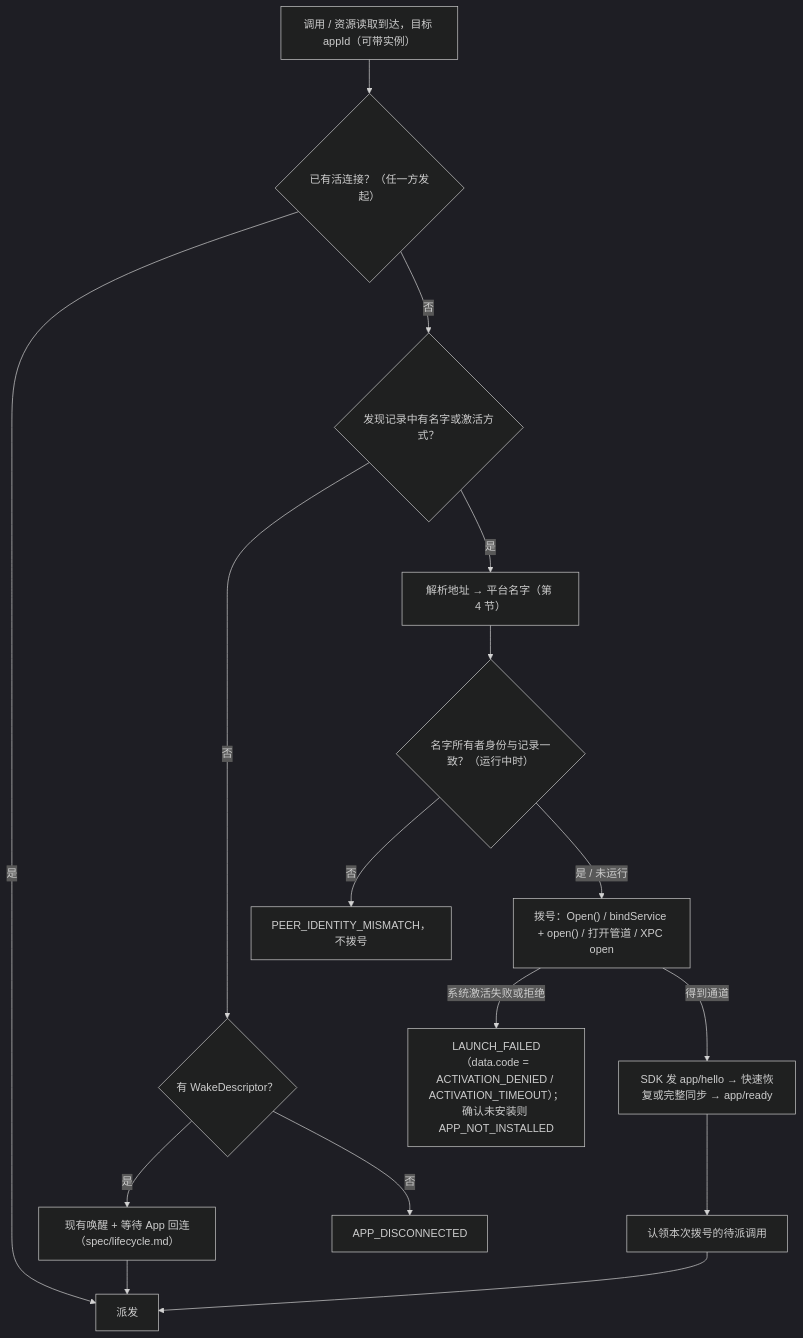
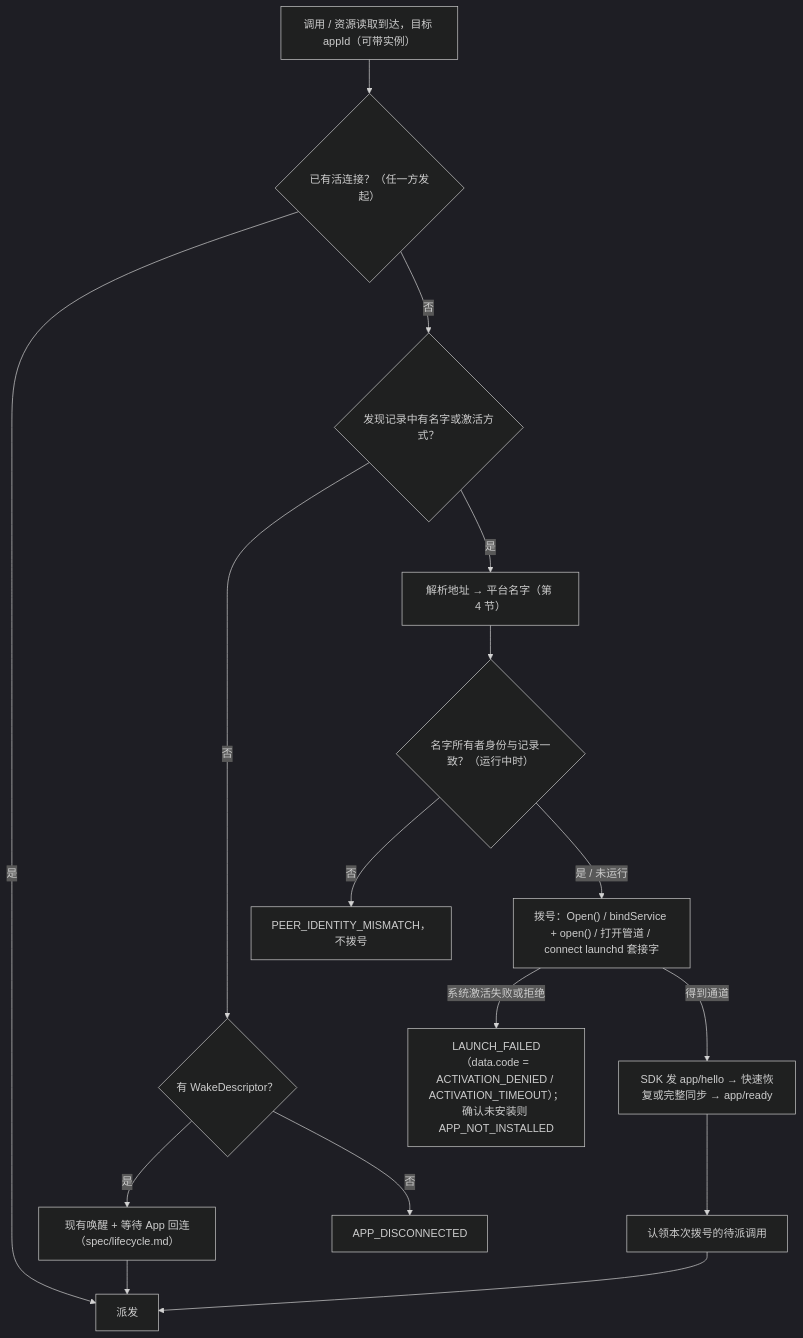
One commit to stareing/appwire changed the second of 4 diagrams in spec/naming.md. Above: the diagram before and after it, drawn with Mermaid (dark theme). The commit also changed other lines of this file and 22 other files, not shown here.

````diff
--- a/spec/naming.md
+++ b/spec/naming.md
@@ -118,18 +118,18 @@
 ```mermaid
 flowchart TD
   call["调用 / 资源读取到达，目标 appId（可带实例）"] --> live{"已有活连接？（任一方发起）"}
   live -- "是" --> dispatch["派发"]
   live -- "否" --> rec{"发现记录中有名字或激活方式？"}
   rec -- "否" --> wd{"有 WakeDescriptor？"}
   wd -- "是" --> wake["现有唤醒 + 等待 App 回连（spec/lifecycle.md）"]
   wd -- "否" --> disc["APP_DISCONNECTED"]
   rec -- "是" --> parse["解析地址 → 平台名字（第 4 节）"]
   parse --> idchk{"名字所有者身份与记录一致？（运行中时）"}
   idchk -- "否" --> mismatch["PEER_IDENTITY_MISMATCH，不拨号"]
-  idchk -- "是 / 未运行" --> dial["拨号：Open() / bindService + open() / 打开管道 / XPC open"]
+  idchk -- "是 / 未运行" --> dial["拨号：Open() / bindService + open() / 打开管道 / connect launchd 套接字"]
   dial -- "系统激活失败或拒绝" --> fail["LAUNCH_FAILED（data.code = ACTIVATION_DENIED / ACTIVATION_TIMEOUT）；确认未安装则 APP_NOT_INSTALLED"]
   dial -- "得到通道" --> hello["SDK 发 app/hello → 快速恢复或完整同步 → app/ready"]
   hello --> claim["认领本次拨号的待派调用"]
   claim --> dispatch
   wake --> dispatch
 ```
````
